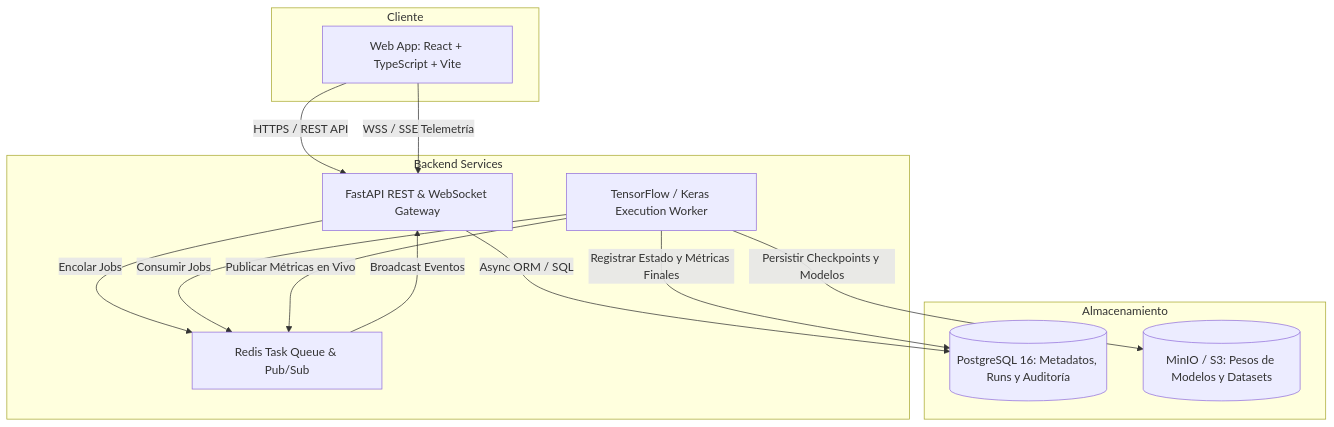
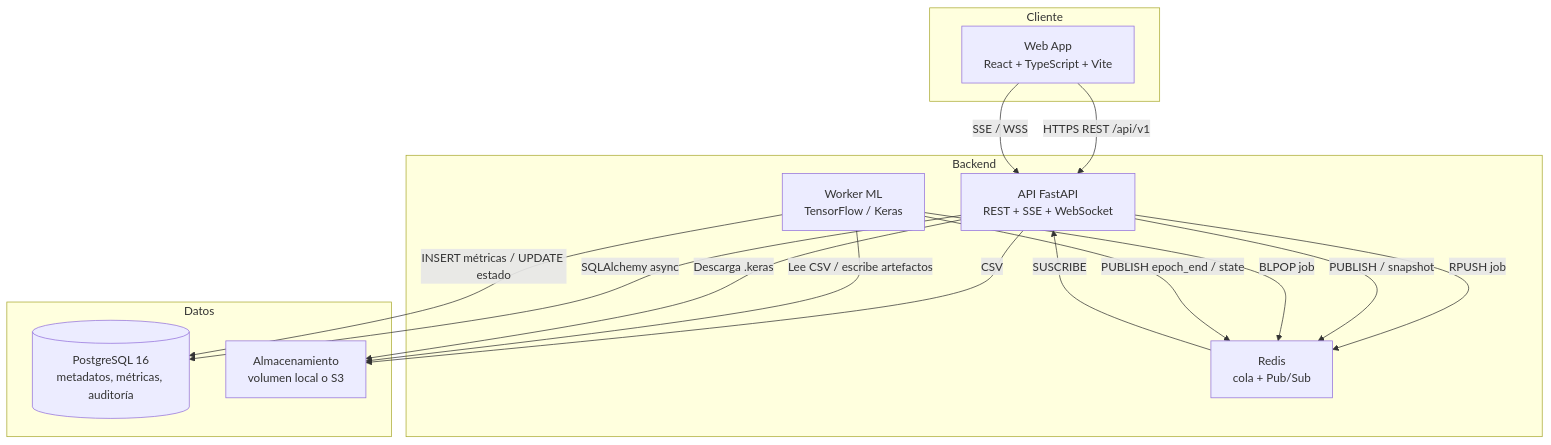
The first of 4 diagrams in docs/architecture/ARCHITECTURE.md (sanhuezazetakevin-ship-it/NeuroLab_Enterprise), drawn with Mermaid before and after one commit. The commit also changed other lines of this file and 112 other files, not shown here.

````diff
--- a/docs/architecture/ARCHITECTURE.md
+++ b/docs/architecture/ARCHITECTURE.md
@@ -11,27 +17,30 @@
 ```mermaid
-flowchart TD
+flowchart TB
     subgraph Cliente
-        UI[Web App: React + TypeScript + Vite]
+        UI["Web App<br/>React + TypeScript + Vite"]
     end
 
-    subgraph Backend Services
-        API[FastAPI REST & WebSocket Gateway]
-        Queue[Redis Task Queue & Pub/Sub]
-        Worker[TensorFlow / Keras Execution Worker]
+    subgraph Backend
+        API["API FastAPI<br/>REST + SSE + WebSocket"]
+        Worker["Worker ML<br/>TensorFlow / Keras"]
+        Queue["Redis<br/>cola + Pub/Sub"]
     end
 
-    subgraph Almacenamiento
-        DB[(PostgreSQL 16: Metadatos, Runs y Auditoría)]
-        S3[(MinIO / S3: Pesos de Modelos y Datasets)]
+    subgraph Datos
+        DB[("PostgreSQL 16<br/>metadatos, métricas, auditoría")]
+        Vol["Almacenamiento<br/>volumen local o S3"]
     end
 
-    UI -->|HTTPS / REST API| API
-    UI -->|WSS / SSE Telemetría| API
-    API -->|Async ORM / SQL| DB
-    API -->|Encolar Jobs| Queue
-    Worker -->|Consumir Jobs| Queue
-    Worker -->|Publicar Métricas en Vivo| Queue
-    Queue -->|Broadcast Eventos| API
-    Worker -->|Persistir Checkpoints y Modelos| S3
-    Worker -->|Registrar Estado y Métricas Finales| DB
+    UI -->|"HTTPS REST /api/v1"| API
+    UI -->|"SSE / WSS"| API
+    API -->|"SQLAlchemy async"| DB
+    API -->|"RPUSH job"| Queue
+    API -->|"PUBLISH / snapshot"| Queue
+    Worker -->|"BLPOP job"| Queue
+    Worker -->|"INSERT métricas / UPDATE estado"| DB
+    Worker -->|"PUBLISH epoch_end / state"| Queue
+    Queue -->|"SUSCRIBE"| API
+    API -->|"CSV"| Vol
+    Worker -->|"Lee CSV / escribe artefactos"| Vol
+    API -->|"Descarga .keras"| Vol
 ```
````
